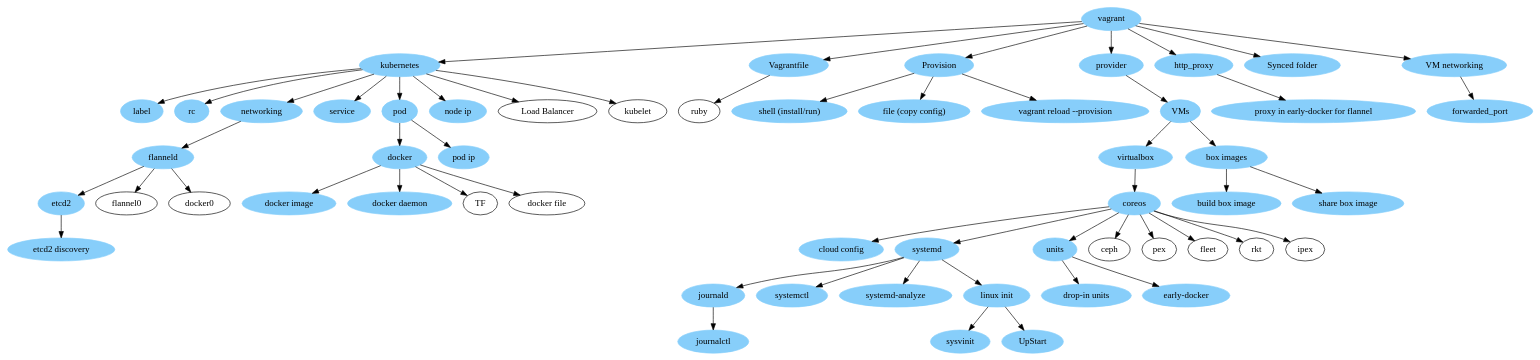
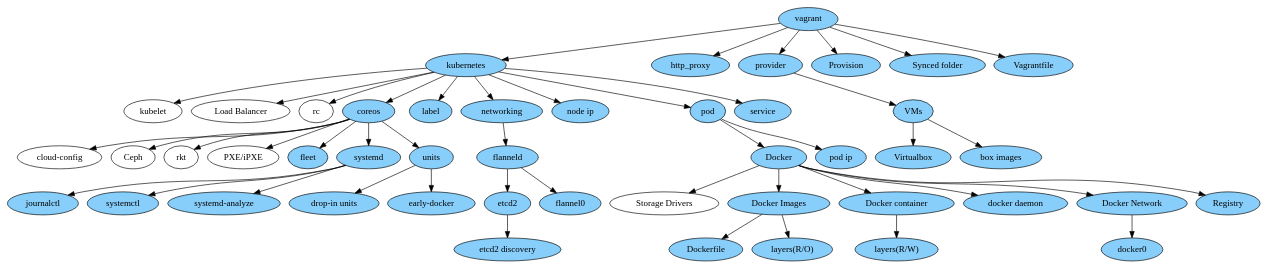
One commit to jiamliang/atlas changed the diagram in mind_graph.dot. Above: the diagram before and after it, drawn with Graphviz. The commit also changed 1 other file, not shown here.

```diff
--- a/mind_graph.dot
+++ b/mind_graph.dot
@@ -1,103 +1,56 @@
 digraph G {
-    "vagrant" [style=filled,color="LightSkyBlue"];
-    "coreos"; 
-    "kubernetes" [style=filled,color="LightSkyBlue"];
-    "docker";
-    "virtualbox" [style=filled,color="LightSkyBlue"];
-    "Vagrantfile" [style=filled,color="LightSkyBlue"];
-    "box images" [style=filled,color="LightSkyBlue"];
-    "coreos" [style=filled,color="LightSkyBlue"];
-    "cloud config" [style=filled,color="LightSkyBlue"];
-    "systemd" [style=filled,color="LightSkyBlue"];
-    "journald" [style=filled,color="LightSkyBlue"];
-    "journalctl" [style=filled,color="LightSkyBlue"];
-    "systemctl" [style=filled,color="LightSkyBlue"];
-    "systemd-analyze" [style=filled,color="LightSkyBlue"];
-    "systemctl" [style=filled,color="LightSkyBlue"];
-    "label" [style=filled,color="LightSkyBlue"];
-    "rc" [style=filled,color="LightSkyBlue"];
-    "networking" [style=filled,color="LightSkyBlue"];
-    "service" [style=filled,color="LightSkyBlue"];
-    "pod" [style=filled,color="LightSkyBlue"];
-    "node ip" [style=filled,color="LightSkyBlue"];
-    "pod ip" [style=filled,color="LightSkyBlue"];
-    "flanneld" [style=filled,color="LightSkyBlue"];
-    "etcd2" [style=filled,color="LightSkyBlue"];
-    "linux init"  [style=filled,color="LightSkyBlue"];
-    "sysvinit" [style=filled,color="LightSkyBlue"];
-    "UpStart" [style=filled,color="LightSkyBlue"];
-    "etcd2 discovery" [style=filled,color="LightSkyBlue"];
-"Provision" [style=filled,color="LightSkyBlue"];
-"provider" [style=filled,color="LightSkyBlue"];
-"VMs" [style=filled,color="LightSkyBlue"];
-"shell (install/run)" [style=filled,color="LightSkyBlue"];
-"file (copy config)" [style=filled,color="LightSkyBlue"];
-"http_proxy" [style=filled,color="LightSkyBlue"];
-"proxy in early-docker for flannel" [style=filled,color="LightSkyBlue"];
-"vagrant reload --provision" [style=filled,color="LightSkyBlue"];
-"Synced folder" [style=filled,color="LightSkyBlue"];
-"VM networking" [style=filled,color="LightSkyBlue"];
-"forwarded_port" [style=filled,color="LightSkyBlue"];
-"build box image" [style=filled,color="LightSkyBlue"];
-"share box image" [style=filled,color="LightSkyBlue"];
-"units" [style=filled,color="LightSkyBlue"];
-"drop-in units" [style=filled,color="LightSkyBlue"];
-"early-docker" [style=filled,color="LightSkyBlue"];
-"docker" [style=filled,color="LightSkyBlue"];
-"docker image" [style=filled,color="LightSkyBlue"];
-"docker daemon" [style=filled,color="LightSkyBlue"];
-    "TF" ;
-    "ceph" ;
-    "pex" ;
-    "fleet" ;
+    splines=true;
+    sep="+6,6";
+    overlap=scalexy;
+    nodesep=0.2;
+    node [style=filled fillcolor="LightSkyBlue"];
+    "kubelet" [fillcolor="White"];
+    "cloud-config" [fillcolor="White"];
+    "Storage Drivers" [fillcolor="White"];
+    "Ceph"  [fillcolor="White"];
+    "Load Balancer" [fillcolor="White"];
+    rkt [fillcolor="White"]; 
+     rc [fillcolor="White"]; 
+    "PXE/iPXE" [fillcolor="White"]; 
 
-"vagrant" -> "Vagrantfile" -> "ruby";
-"vagrant" -> "provider" -> "VMs" -> virtualbox; 
-"vagrant" -> "Provision";
-"Provision" -> "shell (install/run)";
-"Provision" -> "file (copy config)";
-"vagrant" -> "Synced folder";
-"vagrant" -> "VM networking" ->forwarded_port;
-"Provision" -> "vagrant reload --provision";
-    "virtualbox" -> "coreos";
-    "vagrant" -> "kubernetes";
-"vagrant" -> "http_proxy" -> "proxy in early-docker for flannel";
-    "kubernetes" -> "pod";
-    "pod" -> "docker";
-    "pod" -> "pod ip";
-    "kubernetes" -> "node ip";
-    "kubernetes" -> "service";
-    "kubernetes" -> "label";
-    "kubernetes" -> "rc";
-    "kubernetes" -> "Load Balancer";
-    "kubernetes" -> "kubelet";
-    "kubernetes" -> "networking";
-    "networking" -> "flanneld";
-    "flanneld" -> "etcd2";
-    "flanneld" -> "flannel0";
-    "flanneld" -> "docker0";
-    "coreos" -> "cloud config";
-    "etcd2" -> "etcd2 discovery";
-"coreos" -> "units" -> "drop-in units";
-units -> "early-docker";
+
+    "coreos" -> "Ceph";
+    "coreos" -> "cloud-config";
+    "coreos" -> "fleet";
+    "coreos" -> "PXE/iPXE";
     "coreos" -> "rkt";
     "coreos" -> "systemd";
-    "coreos" -> "ceph";
-    "coreos" -> "pex";
-    "coreos" -> "ipex";
-    "coreos" -> "fleet";
+    "coreos" -> "units" -> "drop-in units";
+    "Docker Images" -> "Dockerfile";
+    "Docker Images" -> "layers(R/O)";
+    "Docker" -> "Docker container" -> "layers(R/W)"
+    "Docker" -> "docker daemon"
+    "Docker" -> "Docker Images";
+    "Docker" -> "Docker Network" ->"docker0";
+    "Docker" -> "Registry";
+    "Docker" -> "Storage Drivers";
+    "flanneld" -> "etcd2" -> "etcd2 discovery";
+    "flanneld" -> "flannel0";
+    "kubernetes" -> "coreos";
+    "kubernetes" -> "kubelet";
+    "kubernetes" -> "label";
+    "kubernetes" -> "Load Balancer";
+    "kubernetes" -> "networking";
+    "kubernetes" -> "node ip";
+    "kubernetes" -> "pod"  -> "pod ip";
+    "kubernetes" -> "rc";
+    "kubernetes" -> "service";
+    "networking" -> "flanneld";
+    "pod" -> "Docker";
+    "systemd" -> "journalctl";
     "systemd" -> "systemctl";
     "systemd" -> "systemd-analyze";
-    "systemd" -> "journald";
-    "journald" -> "journalctl";
-    "systemd" -> "linux init";
-    "linux init" -> "sysvinit";
-    "linux init" -> "UpStart";
-    "docker" -> "docker file"
-"docker" -> "docker daemon"
-    "docker" -> "docker image"
-    "docker" -> "TF"
-"VMs" -> "box images";
-"box images" -> "build box image";
-"box images" -> "share box image";
+    "vagrant" -> "http_proxy";
+    "vagrant" -> "kubernetes";
+    "vagrant" -> "provider" -> "VMs" -> Virtualbox; 
+    "vagrant" -> "Provision";
+    "vagrant" -> "Synced folder";
+    "vagrant" -> "Vagrantfile";
+    "VMs" -> "box images";
+    units -> "early-docker";
 }
```
